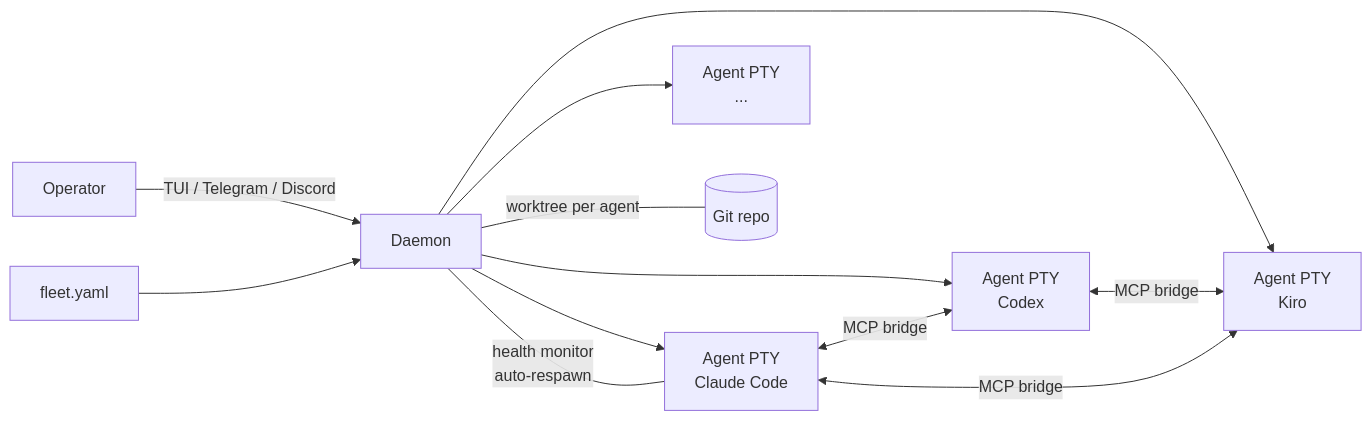
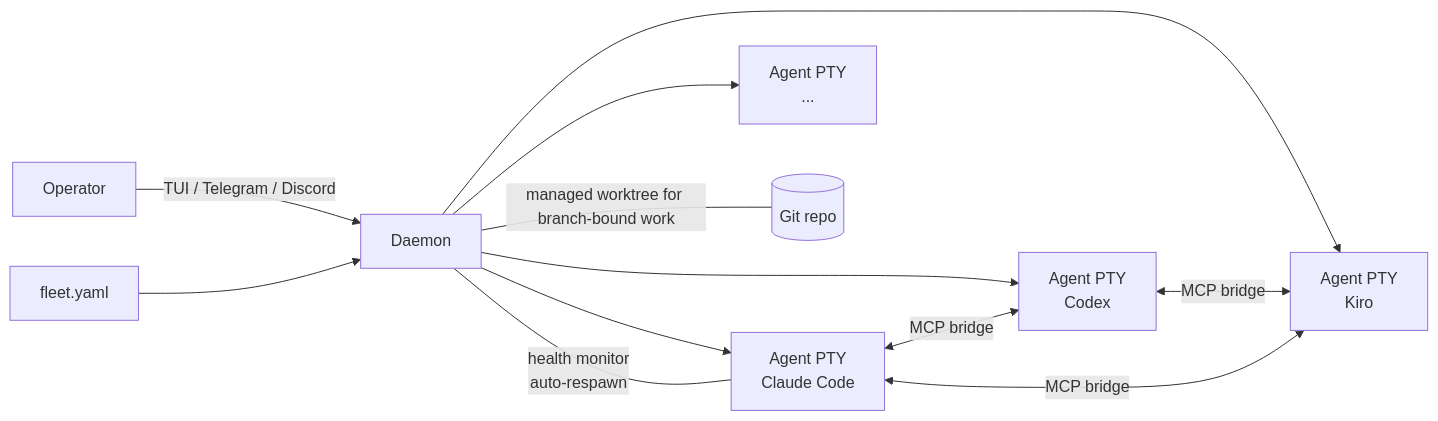
One commit to suzuke/agend-terminal changed the diagram in README.md. Above: the diagram before and after it, drawn with Mermaid. The commit also changed other lines of this file and 111 other files, not shown here.

````diff
--- a/README.md
+++ b/README.md
@@ -65,14 +65,14 @@
 ```mermaid
 graph LR
     Op[Operator] -->|TUI / Telegram / Discord| D[Daemon]
     F[fleet.yaml] --> D
     D --> A1[Agent PTY<br/>Claude Code]
     D --> A2[Agent PTY<br/>Codex]
     D --> A3[Agent PTY<br/>Kiro]
     D --> AN[Agent PTY<br/>...]
     A1 <-->|MCP bridge| A2
     A2 <-->|MCP bridge| A3
     A1 <-->|MCP bridge| A3
-    D ---|worktree per agent| G[(Git repo)]
+    D ---|managed worktree for branch-bound work| G[(Git repo)]
     D ---|health monitor<br/>auto-respawn| A1
 ```
````
